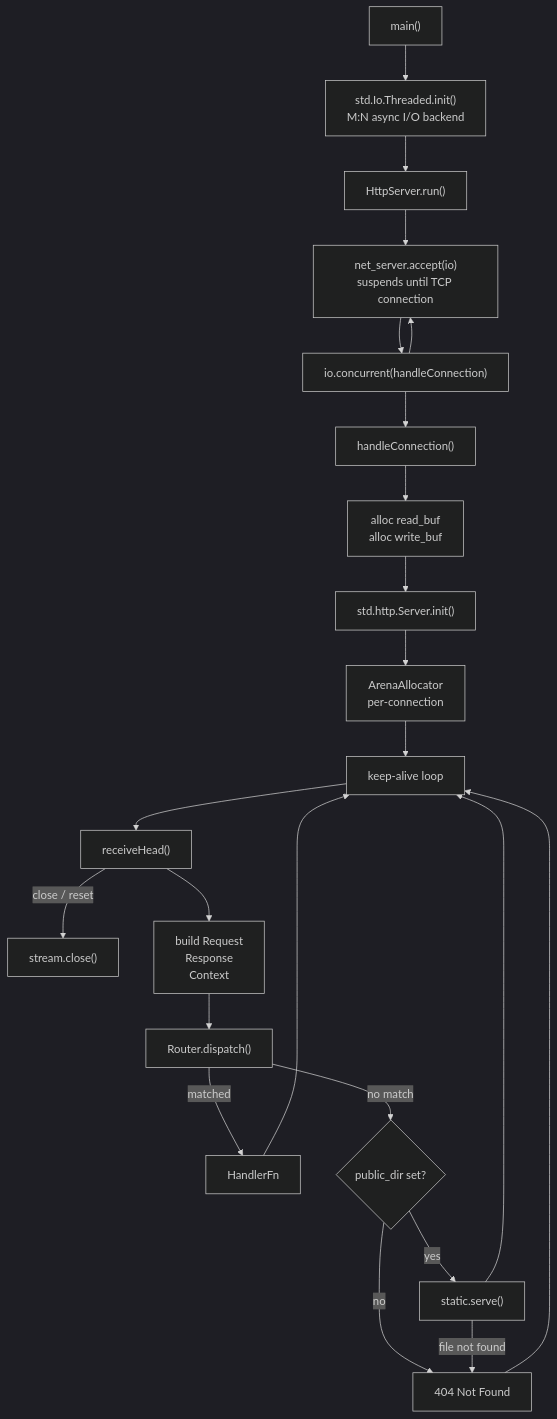
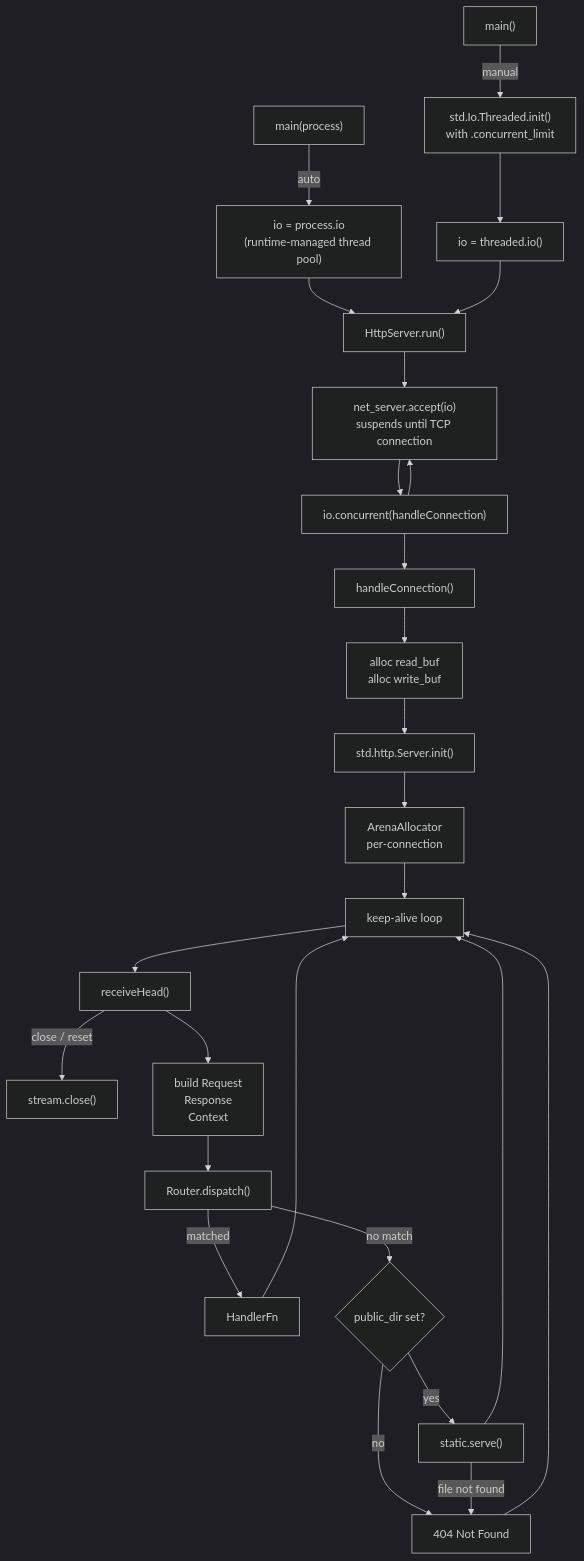
The first of 7 diagrams in docs/HLD.md (prothegee/zix), drawn with Mermaid (dark theme) before and after one commit. The commit also changed other lines of this file, not shown here.

````diff
--- a/docs/HLD.md
+++ b/docs/HLD.md
@@ -19,25 +19,28 @@
 ```mermaid
 flowchart TD
-    A["main()"] --> B["std.Io.Threaded.init()\nM:N async I/O backend"]
+    A1["main(process)"] -->|auto| B["io = process.io\n(runtime-managed thread pool)"]
+    A2["main()"] -->|manual| B2["std.Io.Threaded.init()\nwith .concurrent_limit"]
+    B2 --> B3["io = threaded.io()"]
     B --> C["HttpServer.run()"]
+    B3 --> C
     C --> D["net_server.accept(io)\nsuspends until TCP connection"]
     D --> E["io.concurrent(handleConnection)"]
     E --> D
     E --> F["handleConnection()"]
     F --> G["alloc read_buf\nalloc write_buf"]
     G --> H["std.http.Server.init()"]
     H --> I["ArenaAllocator\nper-connection"]
     I --> J["keep-alive loop"]
     J --> K["receiveHead()"]
     K -->|close / reset| Z["stream.close()"]
     K --> L["build Request\nResponse\nContext"]
     L --> M["Router.dispatch()"]
     M -->|matched| N["HandlerFn"]
     M -->|no match| O{"public_dir set?"}
     O -->|yes| P["static.serve()"]
     O -->|no| Q["404 Not Found"]
     P -->|file not found| Q
     N --> J
     P --> J
     Q --> J
 ```
````
